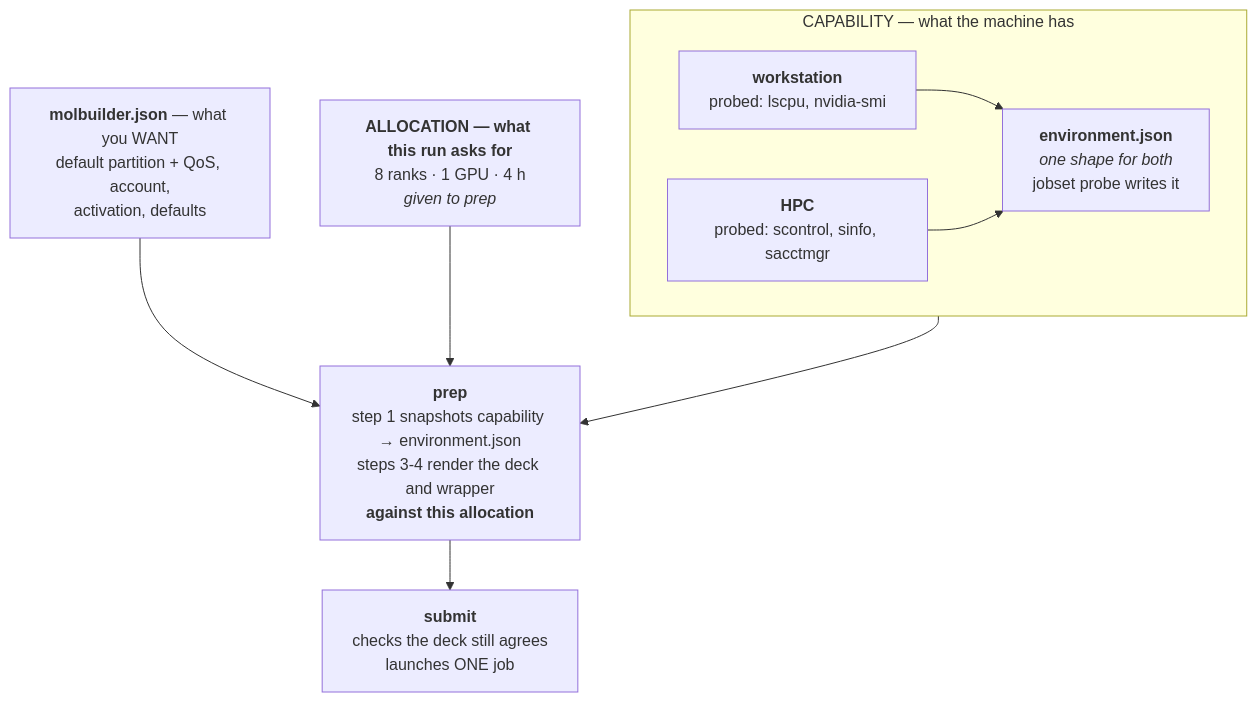
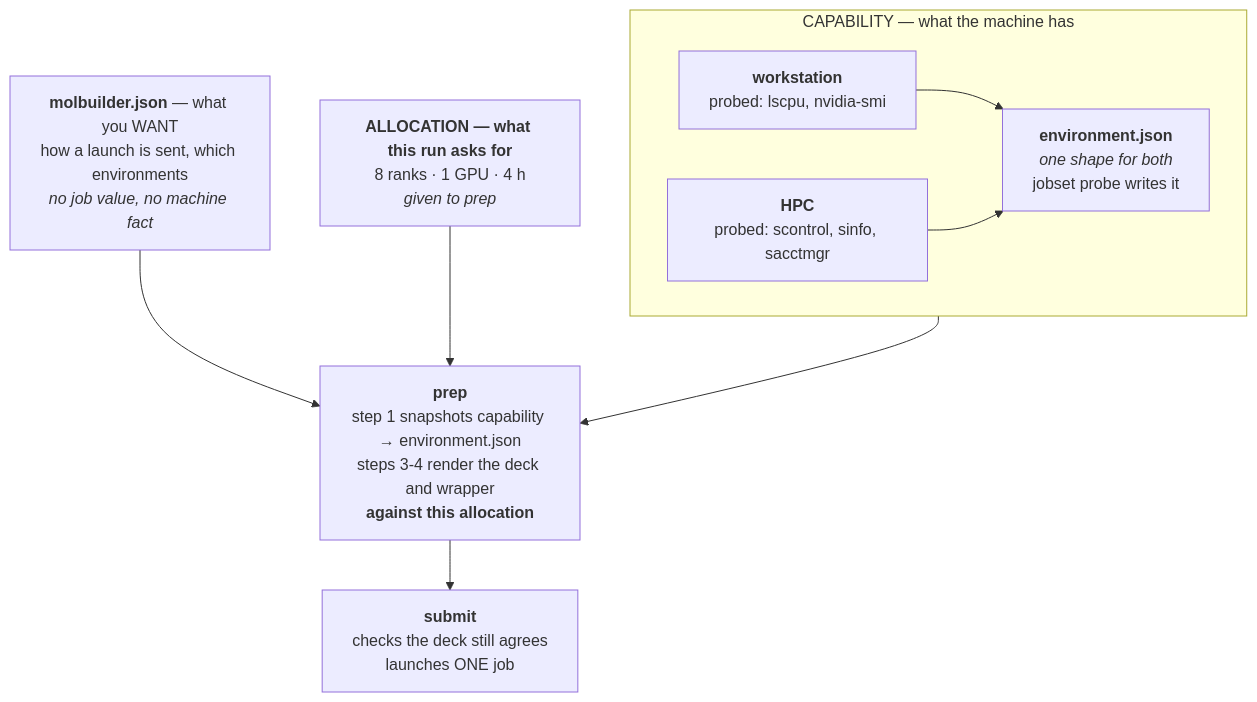
The seventh of 10 diagrams in docs/execution/project-layout.md (Qing-LAB/molbuilder), drawn with Mermaid before and after one commit. The commit also changed other lines of this file and 118 other files, not shown here.

````diff
--- a/docs/execution/project-layout.md
+++ b/docs/execution/project-layout.md
@@ -1224,19 +1225,19 @@
 ```mermaid
 flowchart TB
     subgraph cap["CAPABILITY — what the machine has"]
       direction LR
       W["<b>workstation</b><br/>probed: lscpu, nvidia-smi"]
       H["<b>HPC</b><br/>probed: scontrol, sinfo, sacctmgr"]
       E["<b>environment.json</b><br/><i>one shape for both</i><br/>jobset probe writes it"]
       W --> E
       H --> E
     end
-    C["<b>molbuilder.json</b> — what you WANT<br/>default partition + QoS, account,<br/>activation, defaults"]
+    C["<b>molbuilder.json</b> — what you WANT<br/>how a launch is sent, which environments<br/><i>no job value, no machine fact</i>"]
     A["<b>ALLOCATION — what this run asks for</b><br/>8 ranks · 1 GPU · 4 h<br/><i>given to prep</i>"]
     P["<b>prep</b><br/>step 1 snapshots capability → environment.json<br/>steps 3-4 render the deck and wrapper<br/><b>against this allocation</b>"]
     S["<b>submit</b><br/>checks the deck still agrees<br/>launches ONE job"]
     cap --> P
     C --> P
     A --> P
     P --> S
 ```
````
